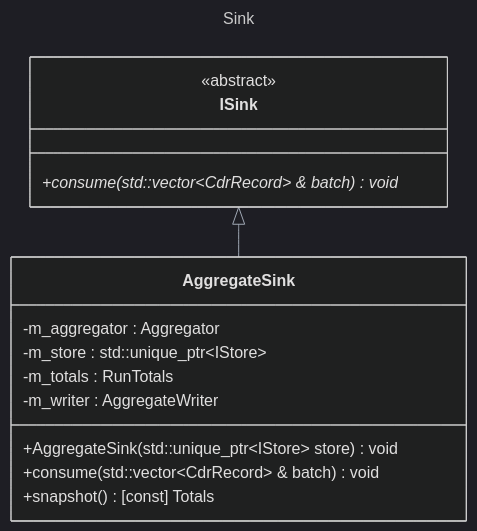
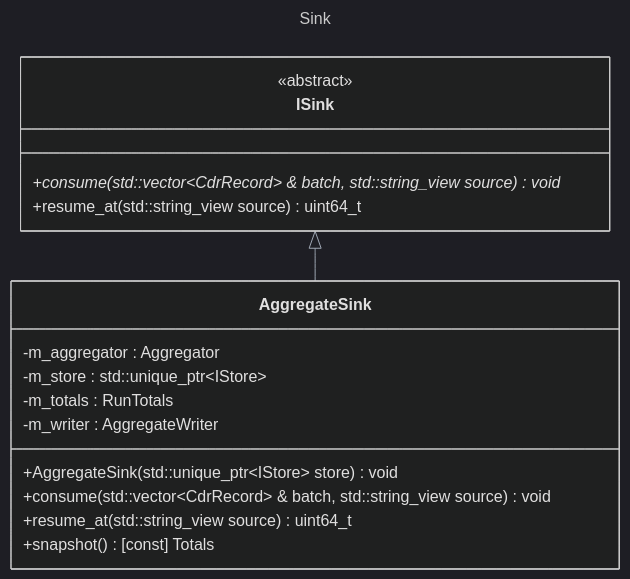
The sixth of 8 diagrams in docs/Class_Diagrams.md (shalom2552/cdr-processor), drawn with Mermaid before and after one commit. The commit also changed other lines of this file and 5 other files, not shown here.

Commit message:
chore(uml): update uml diagrams

````diff
--- a/docs/Class_Diagrams.md
+++ b/docs/Class_Diagrams.md
@@ -532,24 +541,26 @@
 ```mermaid
 ---
 title: Sink
 ---
 %%{init: {"theme": "dark", "themeVariables": {"lineColor": "#a0a8b4"}}}%%
 classDiagram
     class C_0011437531385295172426["ISink"]
     class C_0011437531385295172426 {
         <<abstract>>
-        +consume(std::vector&lt;CdrRecord&gt; & batch) void*
+        +consume(std::vector&lt;CdrRecord&gt; & batch, std::string_view source) void*
+        +resume_at(std::string_view source) uint64_t
     }
     class C_0014416660323480142591["AggregateSink"]
     class C_0014416660323480142591 {
         +AggregateSink(std::unique_ptr&lt;IStore&gt; store) void
-        +consume(std::vector&lt;CdrRecord&gt; & batch) void
+        +consume(std::vector&lt;CdrRecord&gt; & batch, std::string_view source) void
+        +resume_at(std::string_view source) uint64_t
         +snapshot() [const] Totals
         -m_aggregator : Aggregator
         -m_store : std::unique_ptr&lt;IStore&gt;
         -m_totals : RunTotals
         -m_writer : AggregateWriter
     }
     C_0011437531385295172426 <|-- C_0014416660323480142591 : 
 
 ```
````
